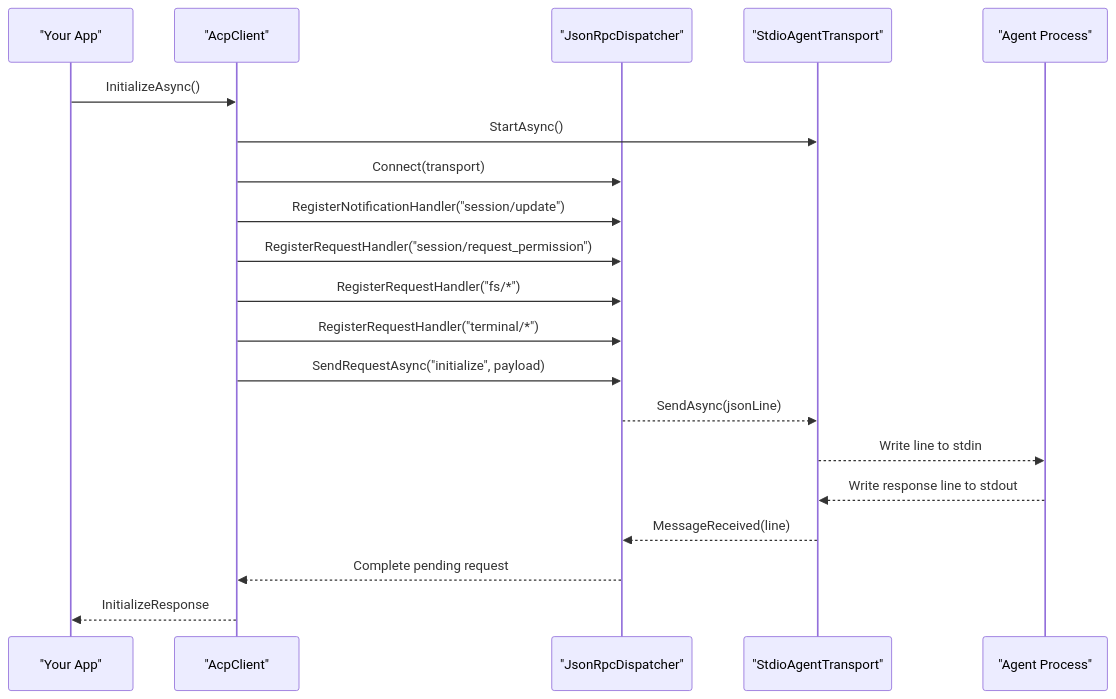
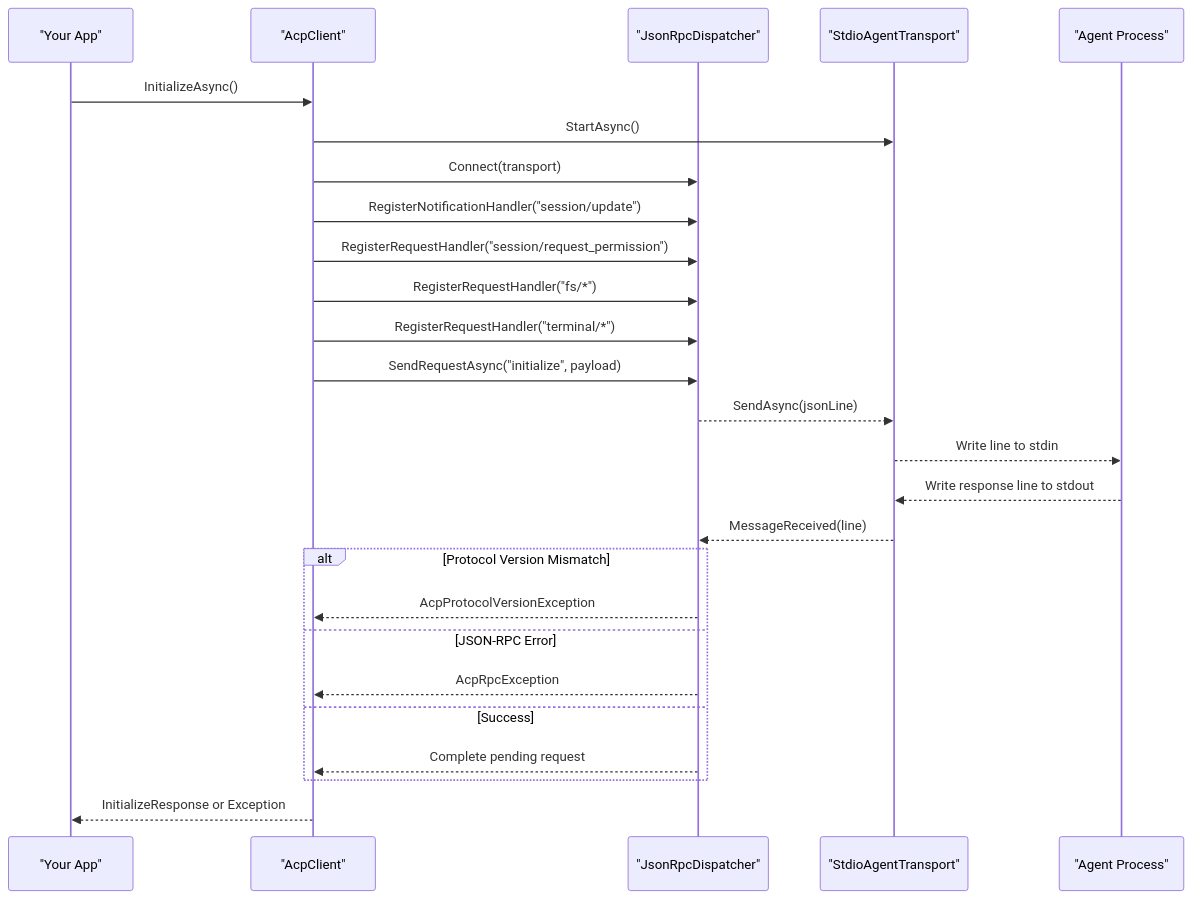
Before and after one commit to AgenticDesktop/ACPLibrary: the second of 4 diagrams in .qoder/repowiki/en/content/Troubleshooting Guide.md, drawn with Mermaid. The commit also changed other lines of this file and 59 other files, not shown here.

````diff
--- a/.qoder/repowiki/en/content/Troubleshooting Guide.md
+++ b/.qoder/repowiki/en/content/Troubleshooting Guide.md
@@ -119,22 +138,28 @@
 ```mermaid
 sequenceDiagram
 participant App as "Your App"
 participant Client as "AcpClient"
 participant Dispatcher as "JsonRpcDispatcher"
 participant Transport as "StdioAgentTransport"
 participant Agent as "Agent Process"
 App->>Client : InitializeAsync()
 Client->>Transport : StartAsync()
 Client->>Dispatcher : Connect(transport)
 Client->>Dispatcher : RegisterNotificationHandler("session/update")
 Client->>Dispatcher : RegisterRequestHandler("session/request_permission")
 Client->>Dispatcher : RegisterRequestHandler("fs/*")
 Client->>Dispatcher : RegisterRequestHandler("terminal/*")
 Client->>Dispatcher : SendRequestAsync("initialize", payload)
 Dispatcher-->>Transport : SendAsync(jsonLine)
 Transport-->>Agent : Write line to stdin
 Agent-->>Transport : Write response line to stdout
 Transport-->>Dispatcher : MessageReceived(line)
+alt Protocol Version Mismatch
+Dispatcher-->>Client : AcpProtocolVersionException
+else JSON-RPC Error
+Dispatcher-->>Client : AcpRpcException
+else Success
 Dispatcher-->>Client : Complete pending request
-Client-->>App : InitializeResponse
+end
+Client-->>App : InitializeResponse or Exception
 ```
````
